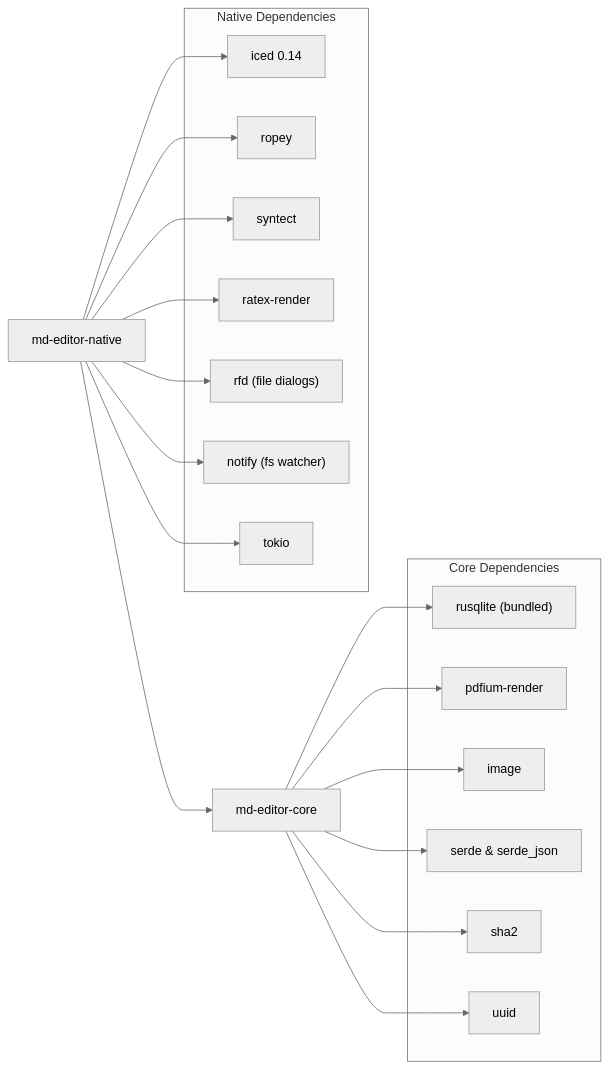
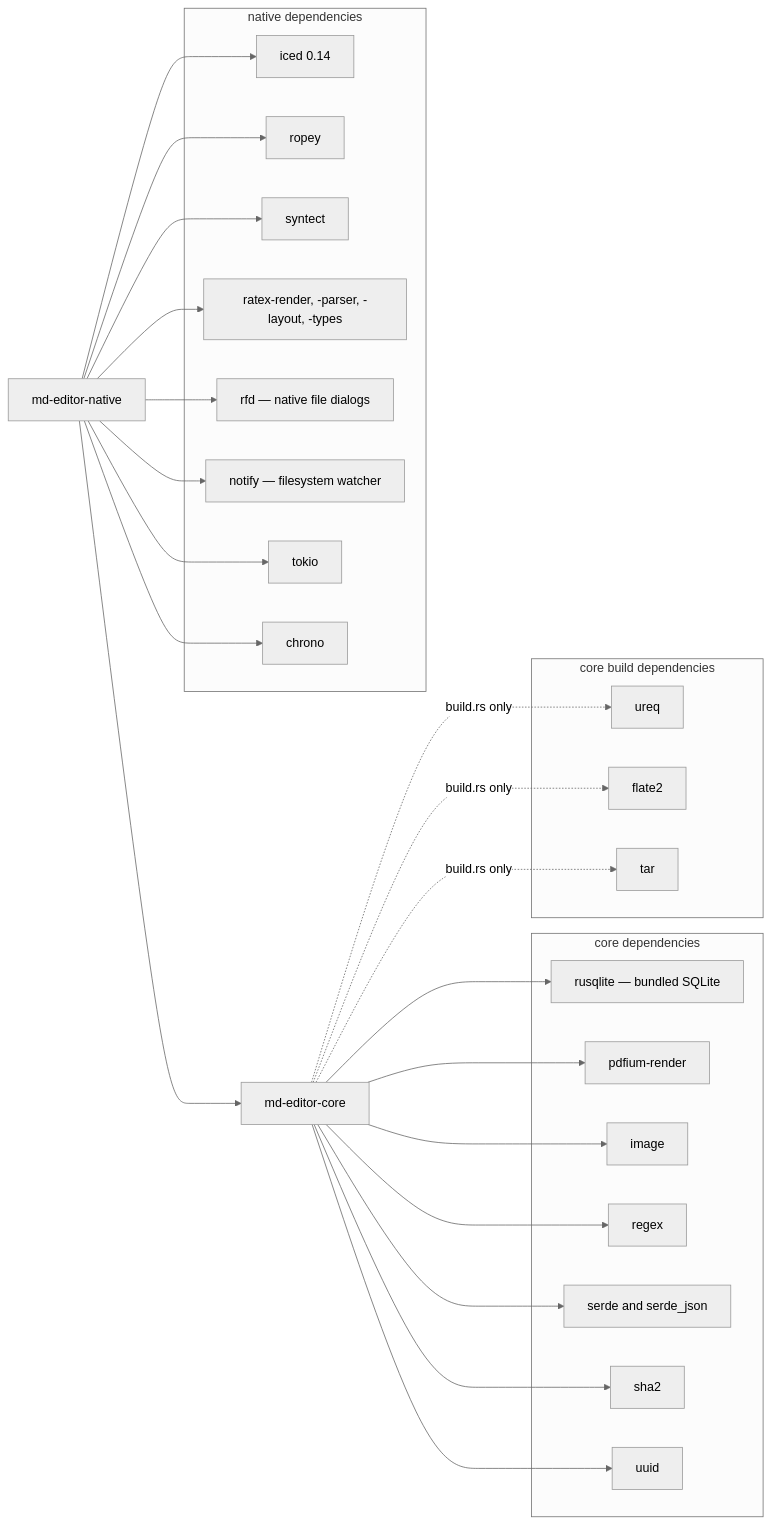
One commit to Suranjan77/md-editor changed the diagram in wiki/Repository-Structure.md. Above: the diagram before and after it, drawn with Mermaid (neutral theme). The commit also changed other lines of this file and 24 other files, not shown here.

````diff
--- a/wiki/Repository-Structure.md
+++ b/wiki/Repository-Structure.md
@@ -120,37 +128,50 @@
 ```mermaid
 graph LR
-    subgraph ThirdPartyCore ["Core Dependencies"]
-        rusqlite["rusqlite (bundled)"]
+    subgraph ThirdPartyCore ["core dependencies"]
+        rusqlite["rusqlite — bundled SQLite"]
         pdfium["pdfium-render"]
-        image["image"]
-        serde["serde & serde_json"]
+        image_c["image"]
+        regex_c["regex"]
+        serde_c["serde and serde_json"]
         sha2["sha2"]
         uuid["uuid"]
     end
 
-    subgraph ThirdPartyNative ["Native Dependencies"]
+    subgraph BuildDeps ["core build dependencies"]
+        ureq["ureq"]
+        flate2["flate2"]
+        tar["tar"]
+    end
+
+    subgraph ThirdPartyNative ["native dependencies"]
         iced["iced 0.14"]
         ropey["ropey"]
         syntect["syntect"]
-        ratex["ratex-render"]
-        rfd["rfd (file dialogs)"]
-        notify["notify (fs watcher)"]
+        ratex["ratex-render, -parser, -layout, -types"]
+        rfd["rfd — native file dialogs"]
+        notify["notify — filesystem watcher"]
         tokio["tokio"]
+        chrono["chrono"]
     end
 
     CoreCrate["md-editor-core"] --> rusqlite
     CoreCrate --> pdfium
-    CoreCrate --> image
-    CoreCrate --> serde
+    CoreCrate --> image_c
+    CoreCrate --> regex_c
+    CoreCrate --> serde_c
     CoreCrate --> sha2
     CoreCrate --> uuid
+    CoreCrate -.->|"build.rs only"| ureq
+    CoreCrate -.->|"build.rs only"| flate2
+    CoreCrate -.->|"build.rs only"| tar
 
     NativeCrate["md-editor-native"] --> CoreCrate
     NativeCrate --> iced
     NativeCrate --> ropey
     NativeCrate --> syntect
     NativeCrate --> ratex
     NativeCrate --> rfd
     NativeCrate --> notify
     NativeCrate --> tokio
+    NativeCrate --> chrono
 ```
````
